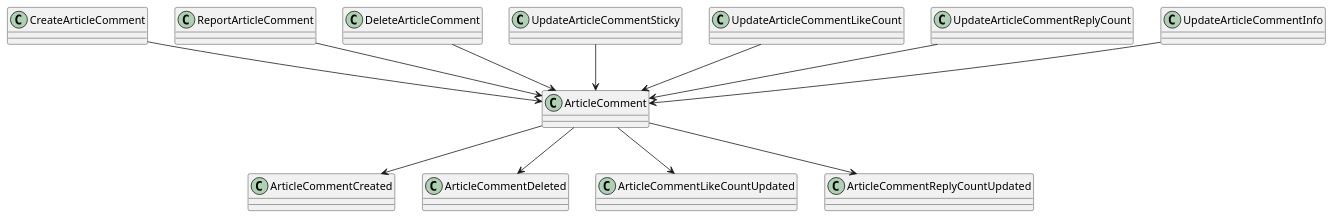
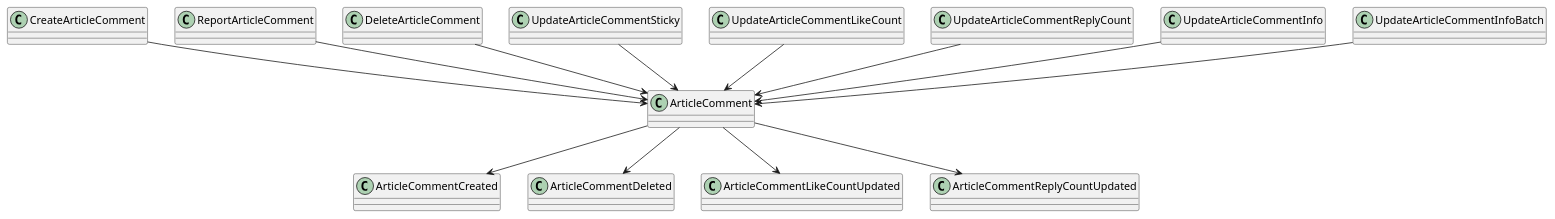
Before and after one commit to LDmoxeii/only4-KSP-cap4j: the diagram in design/domain/article_comment/relationCDE.puml, drawn with PlantUML. The commit also changed 18 other files, not shown here.

```diff
--- a/design/domain/article_comment/relationCDE.puml
+++ b/design/domain/article_comment/relationCDE.puml
@@ -1,15 +1,16 @@
 @startuml
 
 CreateArticleComment            -down-> ArticleComment
 ReportArticleComment            -down-> ArticleComment
 DeleteArticleComment            -down-> ArticleComment
 UpdateArticleCommentSticky      -down-> ArticleComment
 UpdateArticleCommentLikeCount   -down-> ArticleComment
 UpdateArticleCommentReplyCount  -down-> ArticleComment
 UpdateArticleCommentInfo        -down-> ArticleComment
+UpdateArticleCommentInfoBatch   -down-> ArticleComment
 
 ArticleComment -down-> ArticleCommentCreated
 ArticleComment -down-> ArticleCommentDeleted
 ArticleComment -down-> ArticleCommentLikeCountUpdated
 ArticleComment -down->ArticleCommentReplyCountUpdated
 @enduml
```
